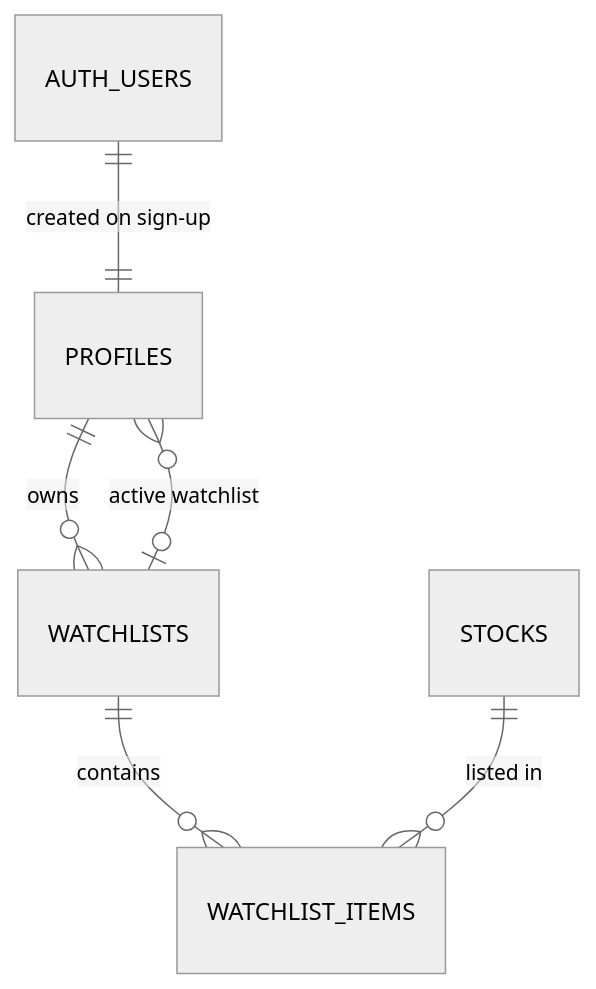
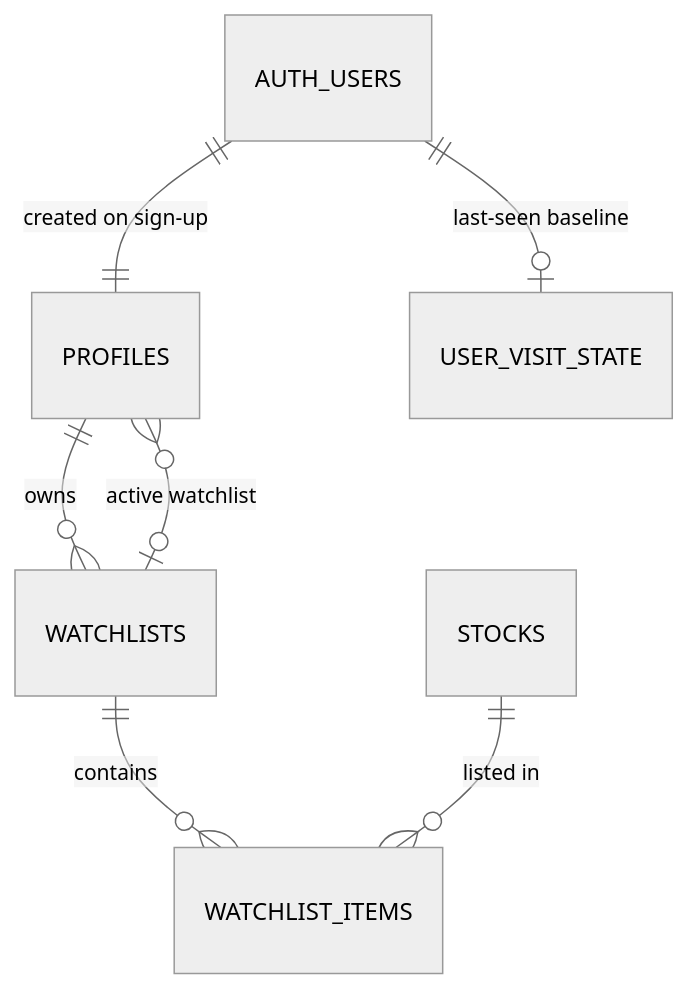
One commit to Mona-Agrawall/nazar changed the second of 2 diagrams in README.md. Above: the diagram before and after it, drawn with Mermaid (neutral theme). The commit also changed other lines of this file and 11 other files, not shown here.

First line of the commit message:
feat: save each user's last-seen baseline and meet WCAG AA contrast

````diff
--- a/README.md
+++ b/README.md
@@ -250,8 +254,9 @@
 ```mermaid
 erDiagram
     AUTH_USERS ||--|| PROFILES : "created on sign-up"
     PROFILES ||--o{ WATCHLISTS : owns
     PROFILES }o--o| WATCHLISTS : "active watchlist"
     WATCHLISTS ||--o{ WATCHLIST_ITEMS : contains
+    AUTH_USERS ||--o| USER_VISIT_STATE : "last-seen baseline"
     STOCKS ||--o{ WATCHLIST_ITEMS : "listed in"
 ```
````
